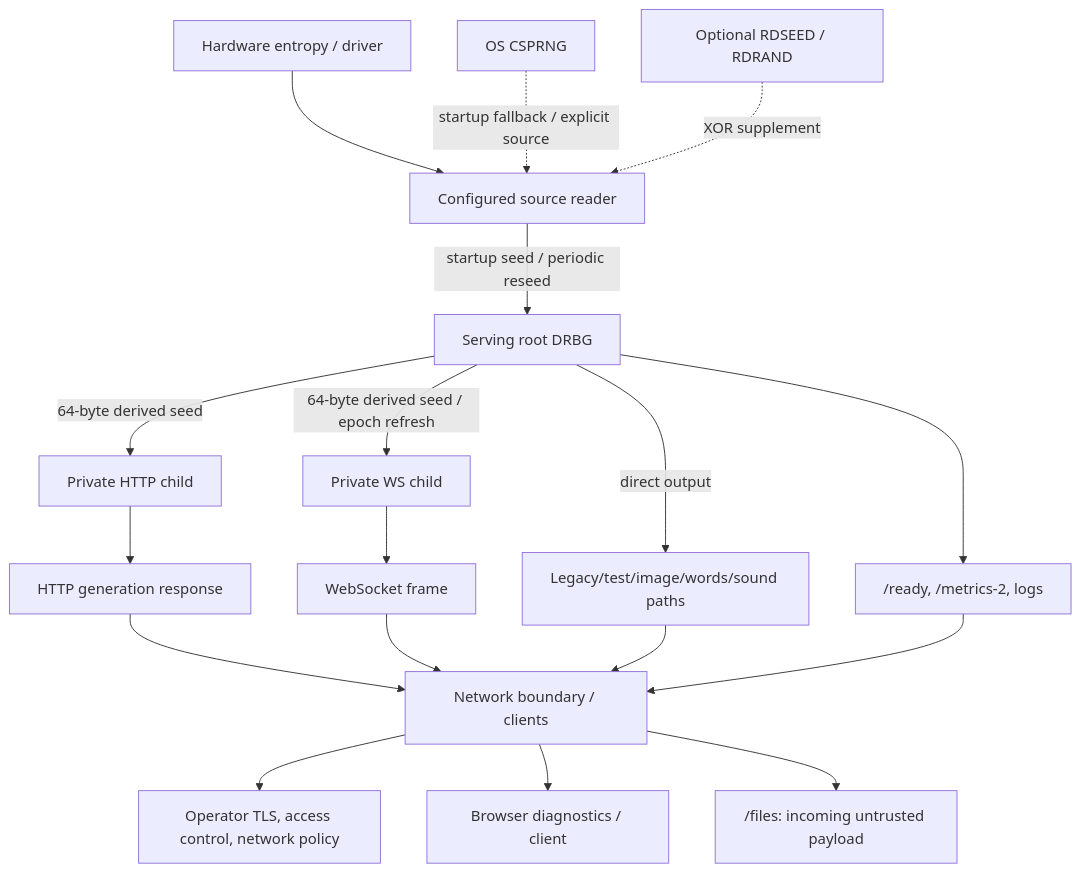
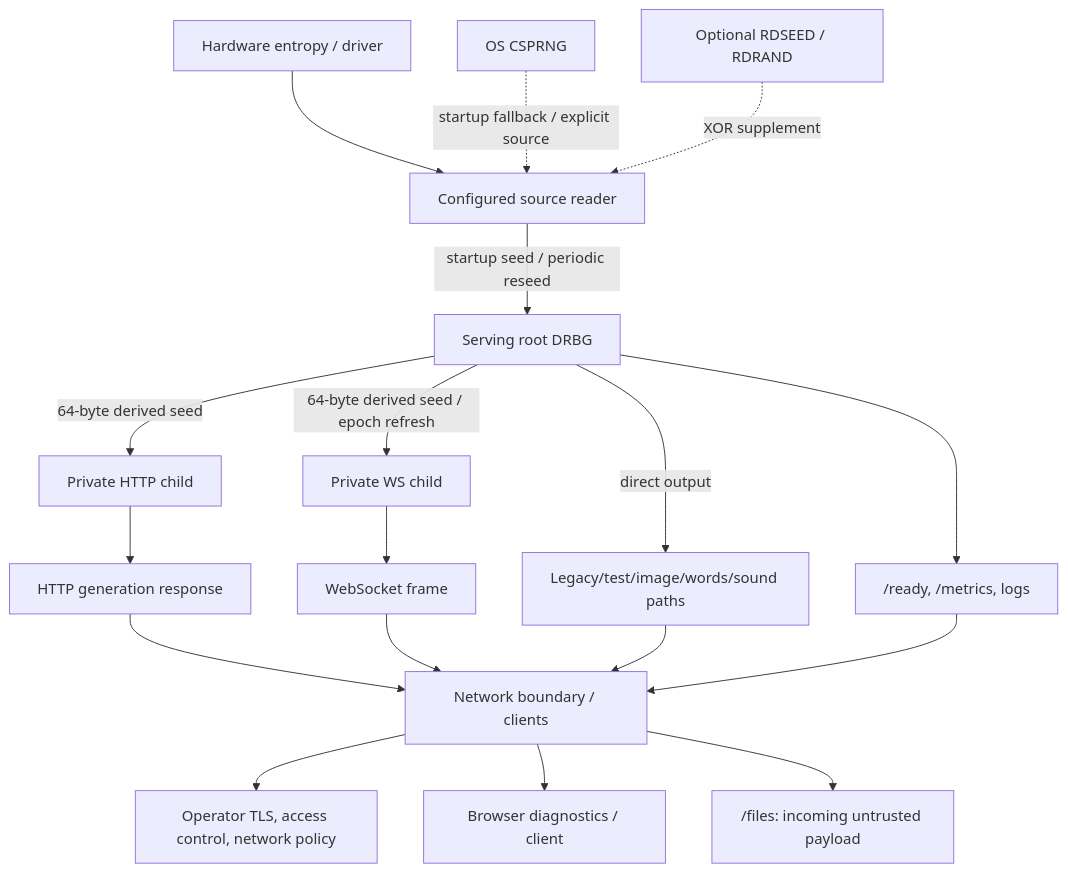
The diagram in docs/security-boundaries.md (fantuz/entropy-service), drawn with Mermaid before and after one commit. The commit also changed other lines of this file and 21 other files, not shown here.

````diff
--- a/docs/security-boundaries.md
+++ b/docs/security-boundaries.md
@@ -68,20 +72,20 @@
 ```mermaid
 flowchart TD
     HW["Hardware entropy / driver"] --> SRC["Configured source reader"]
     OS["OS CSPRNG"] -. "startup fallback / explicit source" .-> SRC
     CPU["Optional RDSEED / RDRAND"] -. "XOR supplement" .-> SRC
     SRC -->|startup seed / periodic reseed| ROOT["Serving root DRBG"]
     ROOT -->|64-byte derived seed| HTTPCH["Private HTTP child"]
     ROOT -->|64-byte derived seed / epoch refresh| WSCH["Private WS child"]
     ROOT -->|direct output| DIRECT["Legacy/test/image/words/sound paths"]
     HTTPCH --> HTTP["HTTP generation response"]
     WSCH --> WS["WebSocket frame"]
     HTTP --> NET["Network boundary / clients"]
     WS --> NET
     DIRECT --> NET
     NET --> PROXY["Operator TLS, access control, network policy"]
     NET --> BROWSER["Browser diagnostics / client"]
     NET --> UPLOAD["/files: incoming untrusted payload"]
-    ROOT --> OBS["/ready, /metrics-2, logs"]
+    ROOT --> OBS["/ready, /metrics, logs"]
     OBS --> NET
 ```
````
